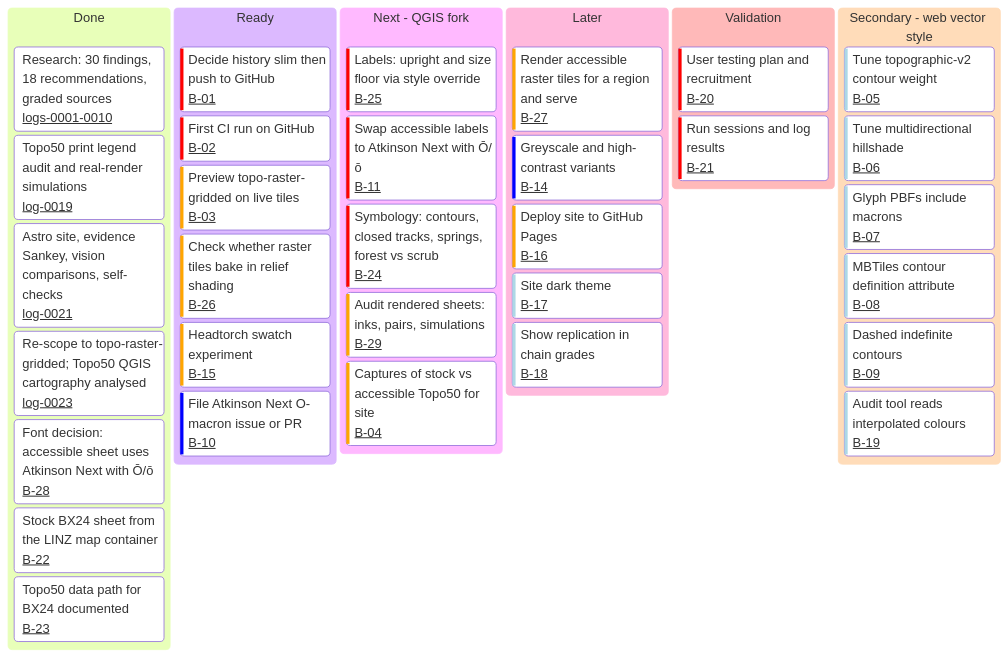
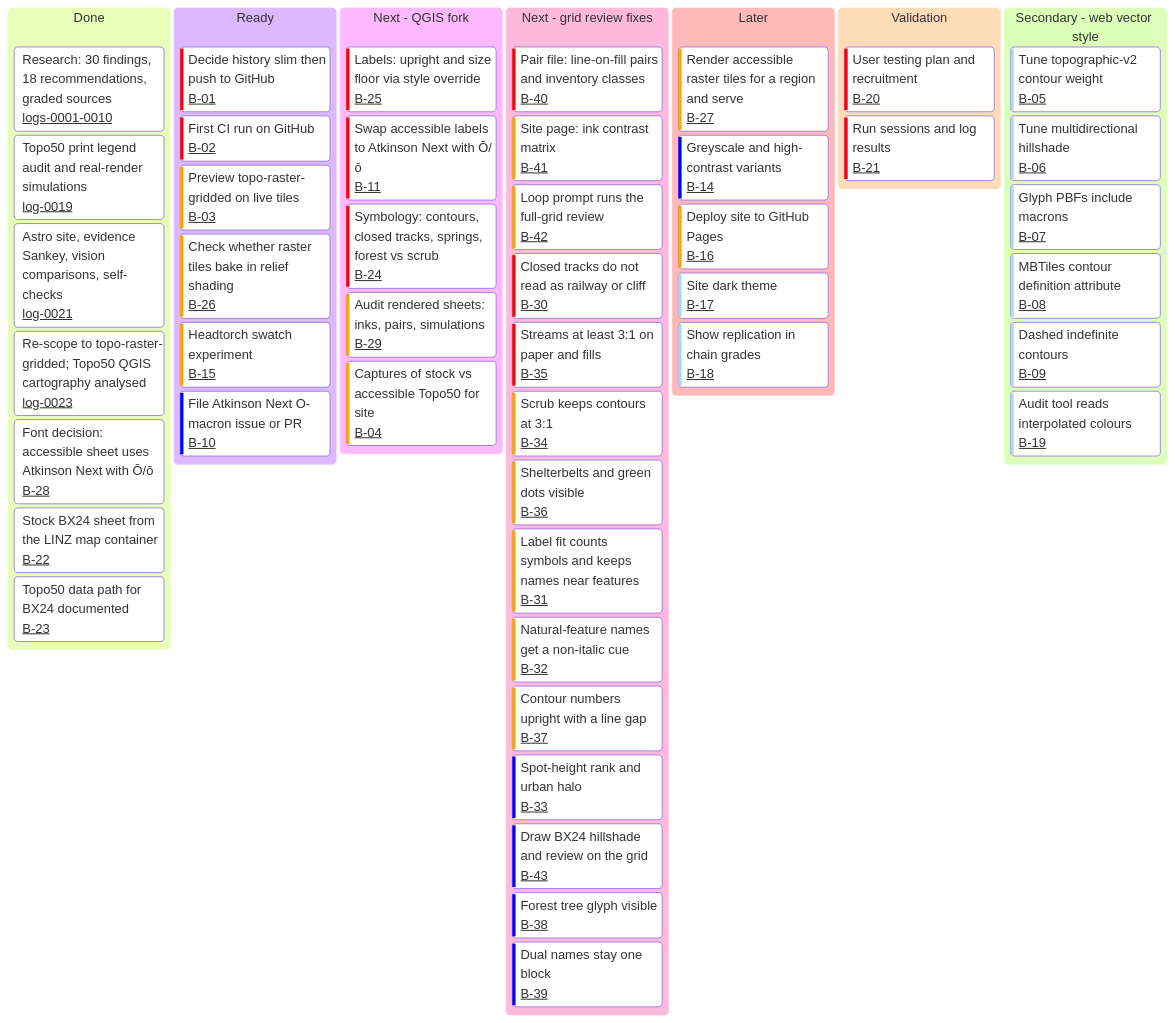
Before and after one commit to joshmcarthur/nz-accessible-topo: the diagram in BACKLOG.md, drawn with Mermaid. The commit also changed other lines of this file, not shown here.

First line of the commit message:
docs: add grid-review cards and the ink contrast matrix page to the backlog

````diff
--- a/BACKLOG.md
+++ b/BACKLOG.md
@@ -29,45 +31,60 @@
 ```mermaid
 ---
 config:
   kanban:
     ticketBaseUrl: '#'
 ---
 kanban
   done[Done]
     d1[Research: 30 findings, 18 recommendations, graded sources]@{ ticket: logs-0001-0010 }
     d2[Topo50 print legend audit and real-render simulations]@{ ticket: log-0019 }
     d3[Astro site, evidence Sankey, vision comparisons, self-checks]@{ ticket: log-0021 }
     d4[Re-scope to topo-raster-gridded; Topo50 QGIS cartography analysed]@{ ticket: log-0023 }
     d5[Font decision: accessible sheet uses Atkinson Next with Ō/ō]@{ ticket: B-28 }
     d6[Stock BX24 sheet from the LINZ map container]@{ ticket: B-22 }
     d7[Topo50 data path for BX24 documented]@{ ticket: B-23 }
   ready[Ready]
     b01[Decide history slim then push to GitHub]@{ ticket: B-01, priority: 'Very High' }
     b02[First CI run on GitHub]@{ ticket: B-02, priority: 'Very High' }
     b03[Preview topo-raster-gridded on live tiles]@{ ticket: B-03, priority: 'High' }
     b26[Check whether raster tiles bake in relief shading]@{ ticket: B-26, priority: 'High' }
     b15[Headtorch swatch experiment]@{ ticket: B-15, priority: 'High' }
     b10[File Atkinson Next O-macron issue or PR]@{ ticket: B-10, priority: 'Low' }
   next[Next - QGIS fork]
     b25[Labels: upright and size floor via style override]@{ ticket: B-25, priority: 'Very High' }
     b11[Swap accessible labels to Atkinson Next with Ō/ō]@{ ticket: B-11, priority: 'Very High' }
     b24[Symbology: contours, closed tracks, springs, forest vs scrub]@{ ticket: B-24, priority: 'Very High' }
     b29[Audit rendered sheets: inks, pairs, simulations]@{ ticket: B-29, priority: 'High' }
     b04[Captures of stock vs accessible Topo50 for site]@{ ticket: B-04, priority: 'High' }
+  review[Next - grid review fixes]
+    b40[Pair file: line-on-fill pairs and inventory classes]@{ ticket: B-40, priority: 'Very High' }
+    b41[Site page: ink contrast matrix]@{ ticket: B-41, priority: 'High' }
+    b42[Loop prompt runs the full-grid review]@{ ticket: B-42, priority: 'High' }
+    b30[Closed tracks do not read as railway or cliff]@{ ticket: B-30, priority: 'Very High' }
+    b35[Streams at least 3:1 on paper and fills]@{ ticket: B-35, priority: 'Very High' }
+    b34[Scrub keeps contours at 3:1]@{ ticket: B-34, priority: 'High' }
+    b36[Shelterbelts and green dots visible]@{ ticket: B-36, priority: 'High' }
+    b31[Label fit counts symbols and keeps names near features]@{ ticket: B-31, priority: 'High' }
+    b32[Natural-feature names get a non-italic cue]@{ ticket: B-32, priority: 'High' }
+    b37[Contour numbers upright with a line gap]@{ ticket: B-37, priority: 'High' }
+    b33[Spot-height rank and urban halo]@{ ticket: B-33, priority: 'Low' }
+    b43[Draw BX24 hillshade and review on the grid]@{ ticket: B-43, priority: 'Low' }
+    b38[Forest tree glyph visible]@{ ticket: B-38, priority: 'Low' }
+    b39[Dual names stay one block]@{ ticket: B-39, priority: 'Low' }
   later[Later]
     b27[Render accessible raster tiles for a region and serve]@{ ticket: B-27, priority: 'High' }
     b14[Greyscale and high-contrast variants]@{ ticket: B-14, priority: 'Low' }
     b16[Deploy site to GitHub Pages]@{ ticket: B-16, priority: 'High' }
     b17[Site dark theme]@{ ticket: B-17, priority: 'Very Low' }
     b18[Show replication in chain grades]@{ ticket: B-18, priority: 'Very Low' }
   validate[Validation]
     b20[User testing plan and recruitment]@{ ticket: B-20, priority: 'Very High' }
     b21[Run sessions and log results]@{ ticket: B-21, priority: 'Very High' }
   secondary[Secondary - web vector style]
     b05[Tune topographic-v2 contour weight]@{ ticket: B-05, priority: 'Very Low' }
     b06[Tune multidirectional hillshade]@{ ticket: B-06, priority: 'Very Low' }
     b07[Glyph PBFs include macrons]@{ ticket: B-07, priority: 'Very Low' }
     b08[MBTiles contour definition attribute]@{ ticket: B-08, priority: 'Very Low' }
     b09[Dashed indefinite contours]@{ ticket: B-09, priority: 'Very Low' }
     b19[Audit tool reads interpolated colours]@{ ticket: B-19, priority: 'Very Low' }
 ```
````
